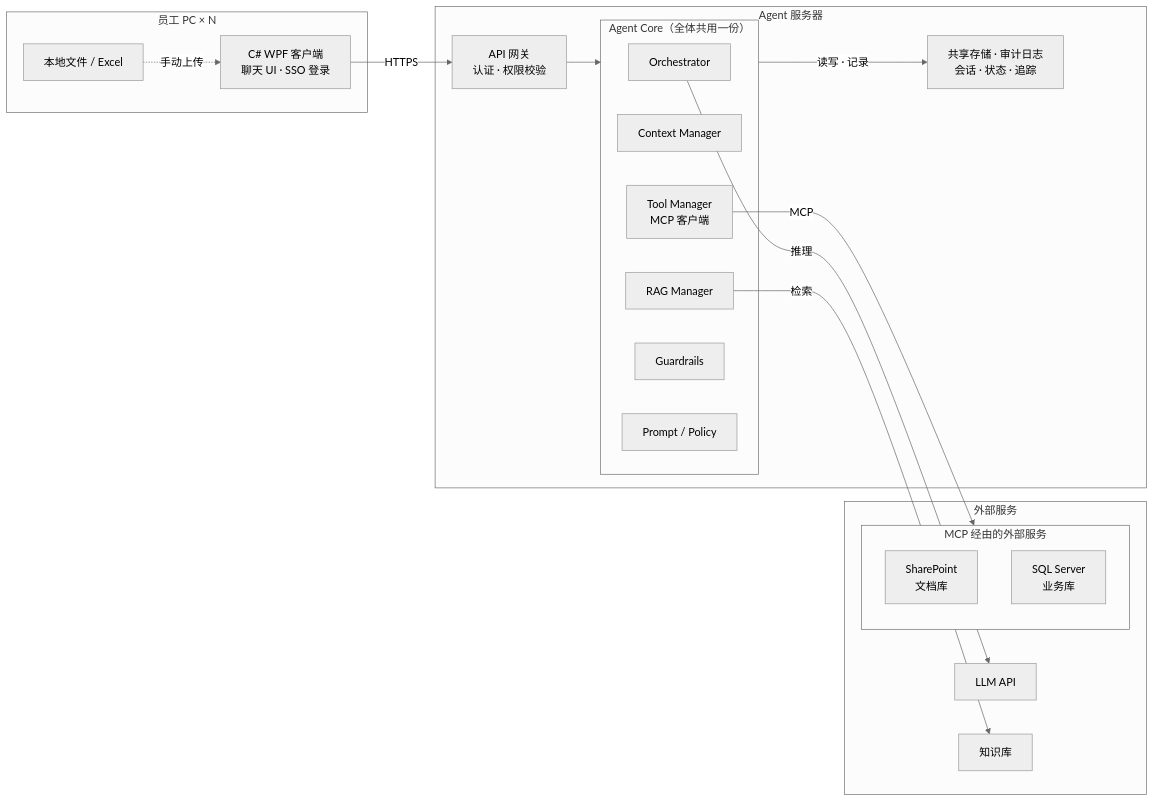
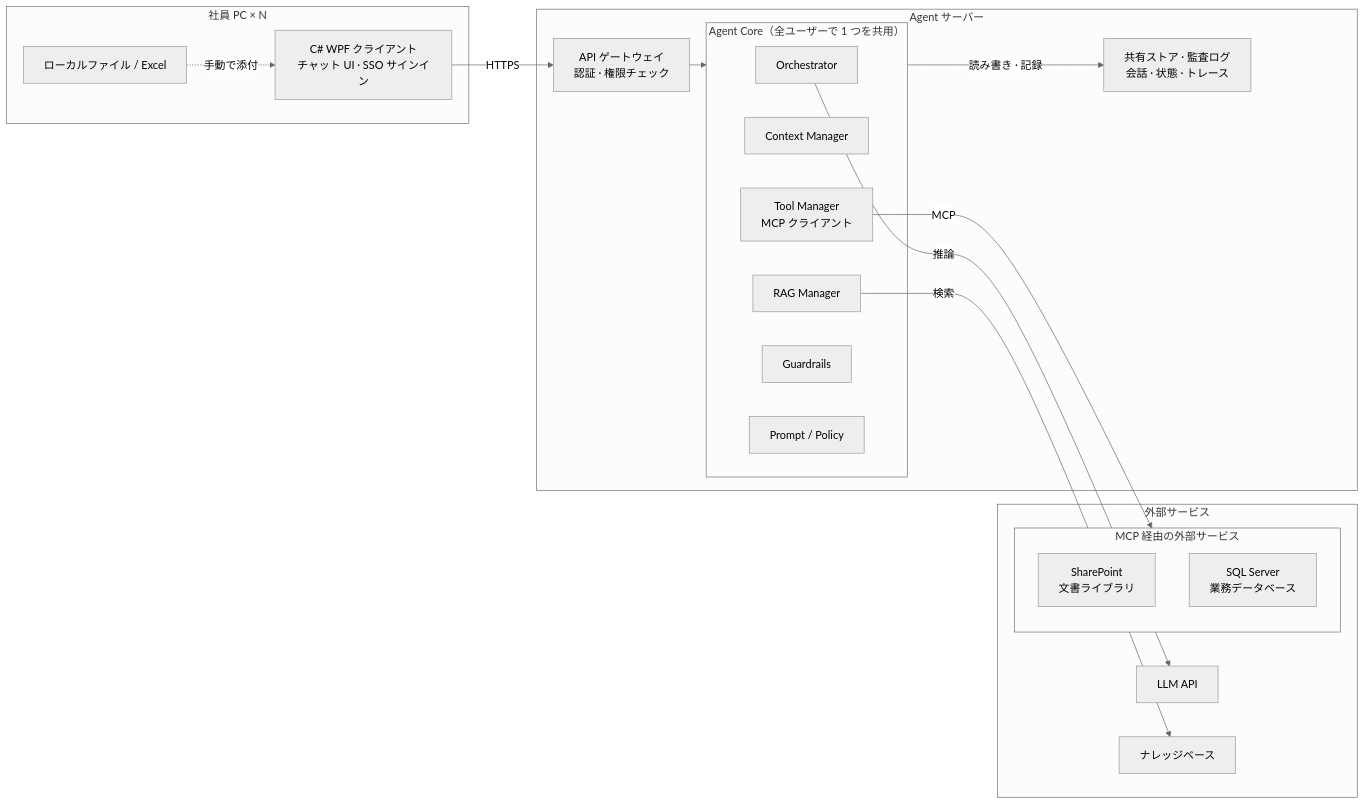
One commit to JanXiangCloud/blueprint changed the first of 2 diagrams in README.md. Above: the diagram before and after it, drawn with Mermaid (neutral theme). The commit also changed other lines of this file, not shown here.

````diff
--- a/README.md
+++ b/README.md
@@ -81,34 +81,34 @@
 ```mermaid
 flowchart LR
-  subgraph PC["员工 PC × N"]
-    UI["C# WPF 客户端<br/>聊天 UI · SSO 登录"]
-    LF["本地文件 / Excel"]
+  subgraph PC["社員 PC × N"]
+    UI["C# WPF クライアント<br/>チャット UI · SSO サインイン"]
+    LF["ローカルファイル / Excel"]
   end
-  subgraph SRV["Agent 服务器"]
-    GW["API 网关<br/>认证 · 权限校验"]
-    subgraph CORE["Agent Core（全体共用一份）"]
+  subgraph SRV["Agent サーバー"]
+    GW["API ゲートウェイ<br/>認証 · 権限チェック"]
+    subgraph CORE["Agent Core（全ユーザーで 1 つを共用）"]
       ORC["Orchestrator"]
       CTX["Context Manager"]
-      TOOL["Tool Manager<br/>MCP 客户端"]
+      TOOL["Tool Manager<br/>MCP クライアント"]
       RAG["RAG Manager"]
       GR["Guardrails"]
       PP["Prompt / Policy"]
     end
-    STORE["共享存储 · 审计日志<br/>会话 · 状态 · 追踪"]
+    STORE["共有ストア · 監査ログ<br/>会話 · 状態 · トレース"]
   end
-  subgraph EXT["外部服务"]
-    subgraph MCP["MCP 经由的外部服务"]
-      SP["SharePoint<br/>文档库"]
-      SQL["SQL Server<br/>业务库"]
+  subgraph EXT["外部サービス"]
+    subgraph MCP["MCP 経由の外部サービス"]
+      SP["SharePoint<br/>文書ライブラリ"]
+      SQL["SQL Server<br/>業務データベース"]
     end
     LLM["LLM API"]
-    KB["知识库"]
+    KB["ナレッジベース"]
   end
-  LF -. 手动上传 .-> UI
+  LF -. 手動で添付 .-> UI
   UI -- HTTPS --> GW
   GW --> CORE
   TOOL -- MCP --> MCP
-  ORC -- 推理 --> LLM
-  RAG -- 检索 --> KB
-  CORE -- 读写 · 记录 --> STORE
+  ORC -- 推論 --> LLM
+  RAG -- 検索 --> KB
+  CORE -- 読み書き · 記録 --> STORE
 ```
````
